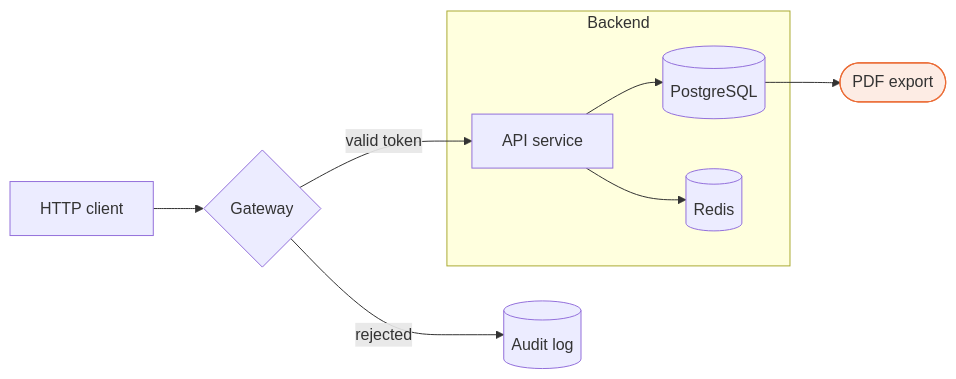
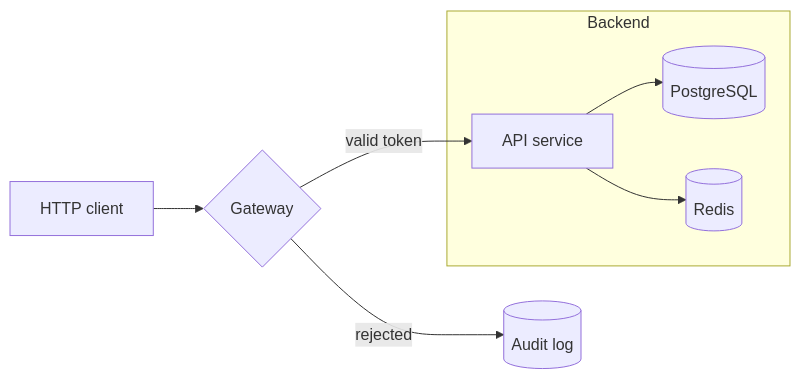
One commit to InnovateIt-ak/docusaurus changed the first of 28 diagrams in docs/mermaid-diagrams.mdx. Above: the diagram before and after it, drawn with Mermaid. The commit also changed other lines of this file, not shown here.

````diff
--- a/docs/mermaid-diagrams.mdx
+++ b/docs/mermaid-diagrams.mdx
@@ -46,16 +46,13 @@
 ```mermaid
 flowchart LR
     classDef focal fill:#fdece4,stroke:#eb6c36,stroke-width:1.2px
 
     Client[HTTP client] --> GW{Gateway}
     GW -->|valid token| API[API service]
     GW -->|rejected| Log[(Audit log)]
 
     subgraph Backend
         API --> DB[(PostgreSQL)]
         API --> Cache[(Redis)]
     end
-
-    DB --> Export([PDF export])
-    Export:::focal
 ```
````
